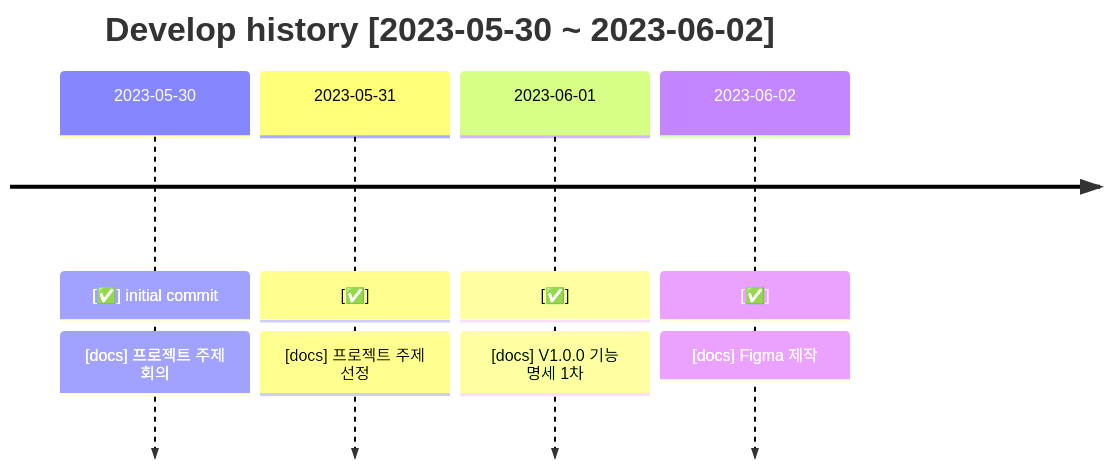
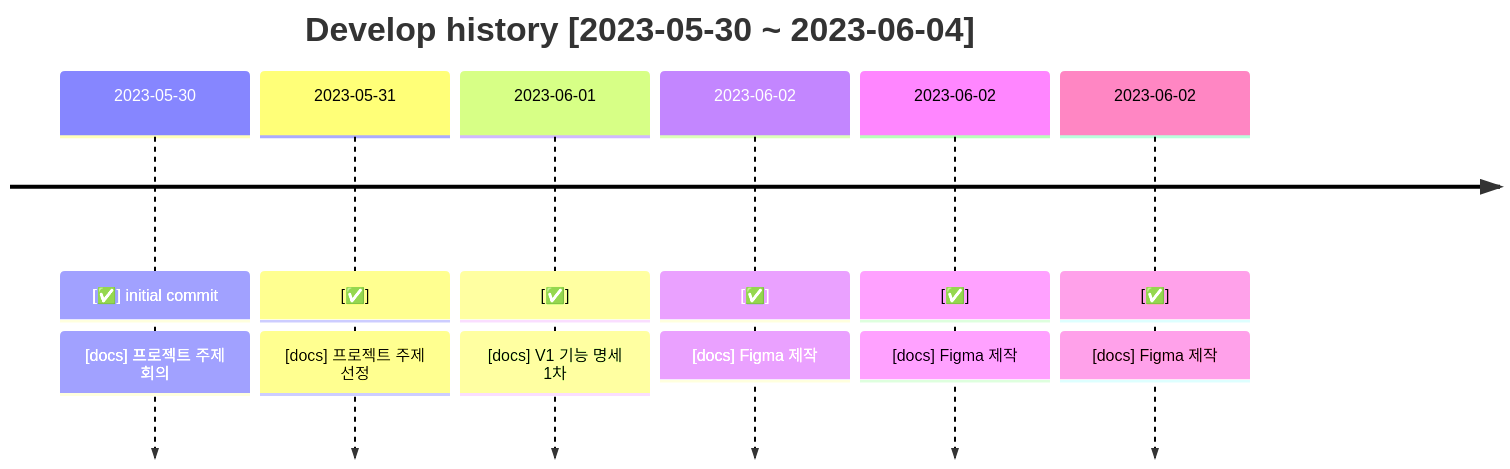
The first of 4 diagrams in docs/README.md (Hazel0c0/ddamddam-club-org), drawn with Mermaid before and after one commit. The commit also changed other lines of this file, not shown here.

````diff
--- a/docs/README.md
+++ b/docs/README.md
@@ -61,12 +61,16 @@
 ```mermaid
 timeline
-    title Develop history [2023-05-30 ~ 2023-06-02]
+    title Develop history [2023-05-30 ~ 2023-06-04]
     2023-05-30: [✅] initial commit
             : [docs] 프로젝트 주제 회의
     2023-05-31: [✅]
             : [docs] 프로젝트 주제 선정
     2023-06-01: [✅]
-            : [docs] V1.0.0 기능 명세 1차
+            : [docs] V1 기능 명세 1차
+    2023-06-02: [✅]
+            : [docs] Figma 제작
+    2023-06-02: [✅]
+            : [docs] Figma 제작
     2023-06-02: [✅]
             : [docs] Figma 제작 
 ```
````
